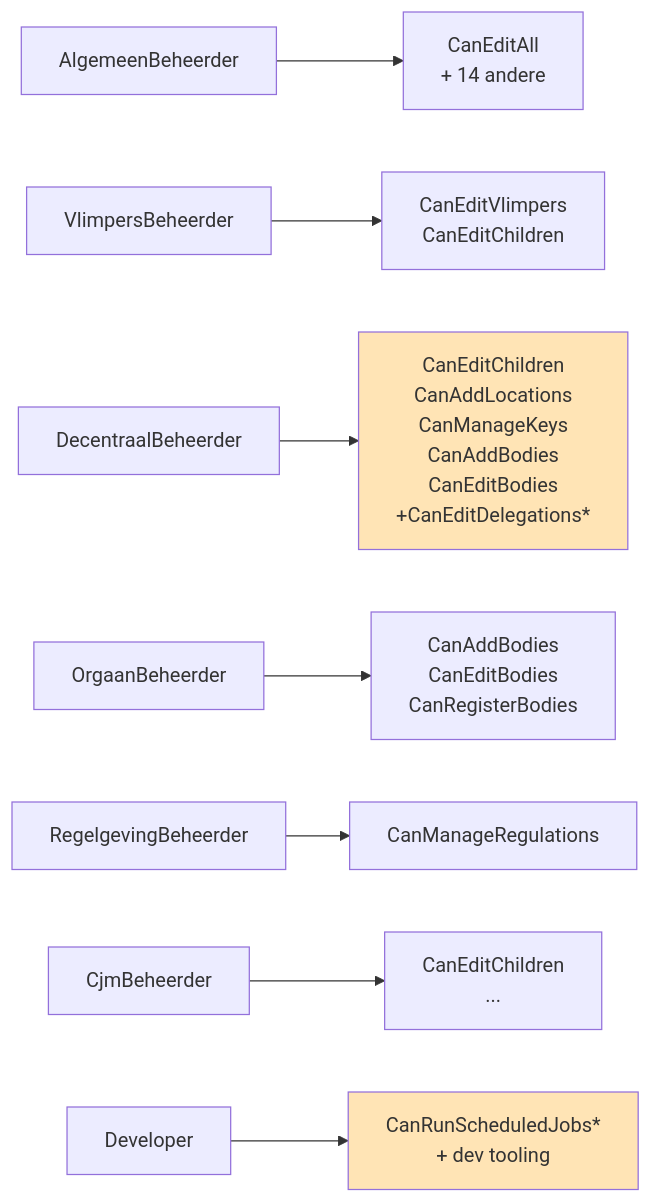
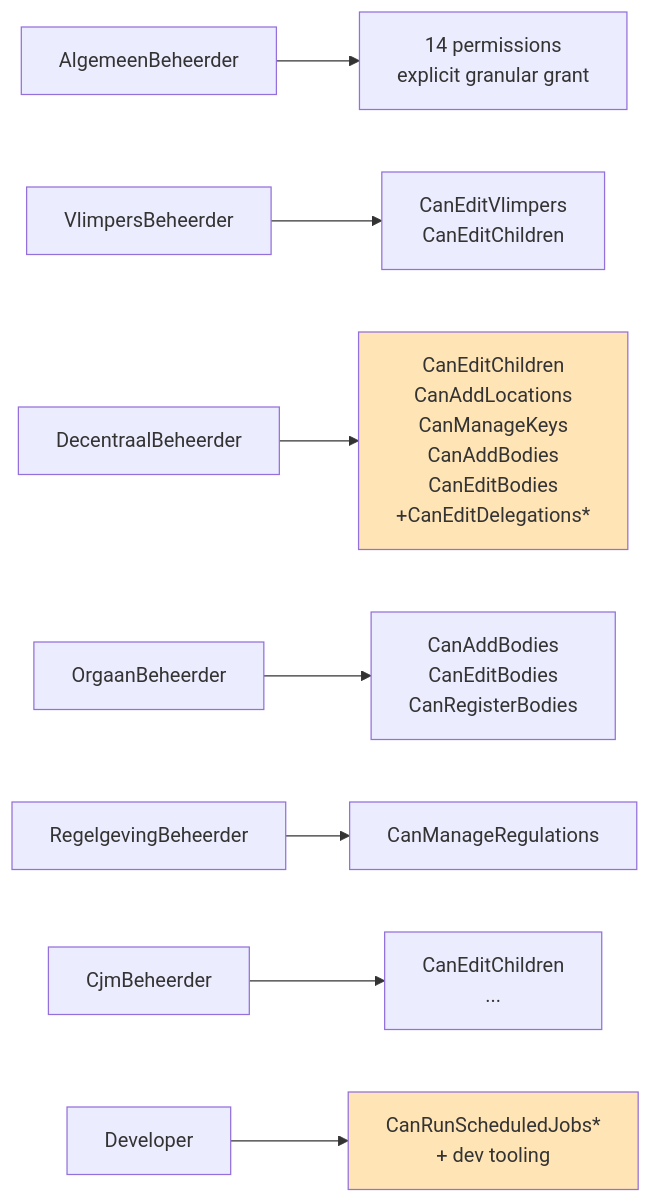
The third of 7 diagrams in specs/009-permission-based-authz/security-architecture.md (Informatievlaanderen/organisation-registry), drawn with Mermaid before and after one commit. The commit also changed other lines of this file and 6 other files, not shown here.

````diff
--- a/specs/009-permission-based-authz/security-architecture.md
+++ b/specs/009-permission-based-authz/security-architecture.md
@@ -155,13 +154,13 @@
 ```mermaid
 graph LR
-    AB[AlgemeenBeheerder] --> P_ALL[CanEditAll<br/>+ 14 andere]
+    AB[AlgemeenBeheerder] --> P_ALL[14 permissions<br/>explicit granular grant]
     VB[VlimpersBeheerder] --> P_V[CanEditVlimpers<br/>CanEditChildren]
     DB[DecentraalBeheerder] --> P_D[CanEditChildren<br/>CanAddLocations<br/>CanManageKeys<br/>CanAddBodies<br/>CanEditBodies<br/>+CanEditDelegations*]
     OB[OrgaanBeheerder] --> P_O[CanAddBodies<br/>CanEditBodies<br/>CanRegisterBodies]
     RB[RegelgevingBeheerder] --> P_R[CanManageRegulations]
     CJM[CjmBeheerder] --> P_C[CanEditChildren<br/>...]
     DEV[Developer] --> P_DEV[CanRunScheduledJobs*<br/>+ dev tooling]
 
     classDef pending fill:#ffe4b5
     class P_D,P_DEV pending
 ```
````
